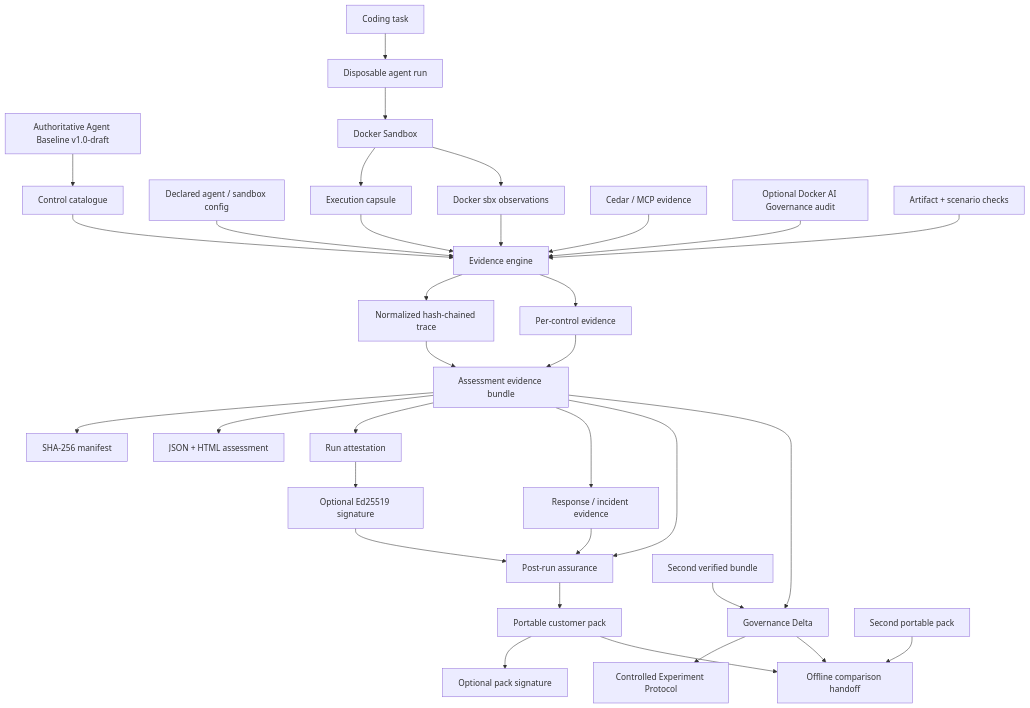
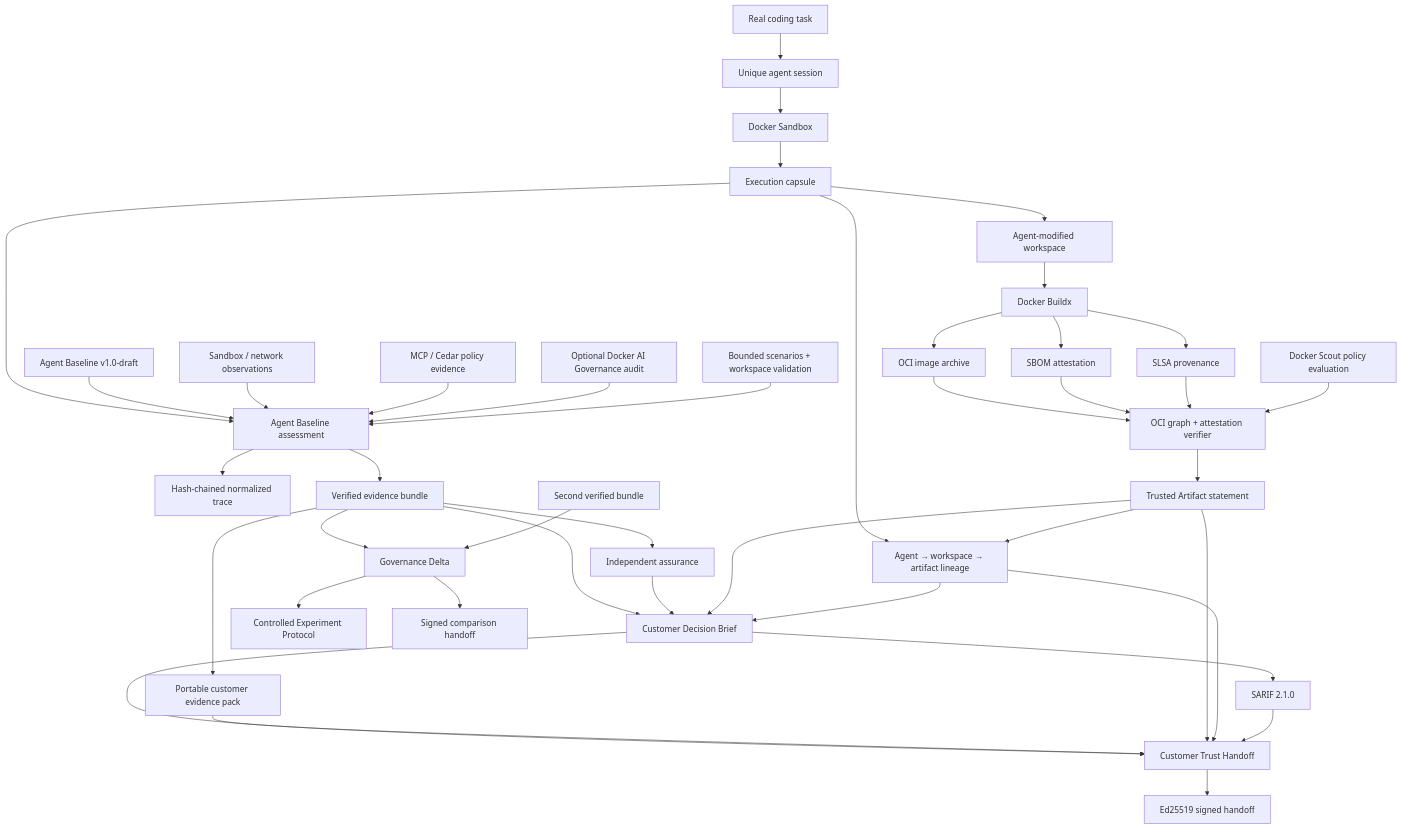
One commit to riccardomenegazzo/agent-baseline-evidence-lab changed the diagram in docs/ARCHITECTURE.md. Above: the diagram before and after it, drawn with Mermaid. The commit also changed other lines of this file and 6 other files, not shown here.

Commit message:
docs: align project around customer trust lifecycle

````diff
--- a/docs/ARCHITECTURE.md
+++ b/docs/ARCHITECTURE.md
@@ -15,41 +16,49 @@
 ```mermaid
 flowchart TD
-    AB[Authoritative Agent Baseline v1.0-draft] --> CAT[Control catalogue]
-    CFG[Declared agent / sandbox config] --> ENG[Evidence engine]
-    CAT --> ENG
-
-    TASK[Coding task] --> RUN[Disposable agent run]
+    TASK[Real coding task] --> RUN[Unique agent session]
     RUN --> SBX[Docker Sandbox]
     SBX --> CAPS[Execution capsule]
-    CAPS --> ENG
+    CAPS --> ASSESS[Agent Baseline assessment]
 
-    SBX --> OBS[Docker sbx observations]
-    MCP[Cedar / MCP evidence] --> ENG
-    OBS --> ENG
-    AUDIT[Optional Docker AI Governance audit] --> ENG
-    CHECKS[Artifact + scenario checks] --> ENG
+    AB[Agent Baseline v1.0-draft] --> ASSESS
+    OBS[Sandbox / network observations] --> ASSESS
+    MCP[MCP / Cedar policy evidence] --> ASSESS
+    AUDIT[Optional Docker AI Governance audit] --> ASSESS
+    CHECKS[Bounded scenarios + workspace validation] --> ASSESS
 
-    ENG --> TRACE[Normalized hash-chained trace]
-    ENG --> EV[Per-control evidence]
-    TRACE --> BUNDLE[Assessment evidence bundle]
-    EV --> BUNDLE
-    BUNDLE --> MANIFEST[SHA-256 manifest]
-    BUNDLE --> REPORT[JSON + HTML assessment]
-    BUNDLE --> ATTEST[Run attestation]
+    ASSESS --> TRACE[Hash-chained normalized trace]
+    ASSESS --> BUNDLE[Verified evidence bundle]
+    BUNDLE --> ASSURE[Independent assurance]
+    BUNDLE --> PACK[Portable customer evidence pack]
 
-    ATTEST --> SIGN[Optional Ed25519 signature]
-    BUNDLE --> RESP[Response / incident evidence]
-    BUNDLE --> ASSURE[Post-run assurance]
-    SIGN --> ASSURE
-    RESP --> ASSURE
+    CAPS --> WORKSPACE[Agent-modified workspace]
+    WORKSPACE --> BUILDX[Docker Buildx]
+    BUILDX --> OCI[OCI image archive]
+    BUILDX --> SBOM[SBOM attestation]
+    BUILDX --> PROV[SLSA provenance]
+    OCI --> ARTVERIFY[OCI graph + attestation verifier]
+    SBOM --> ARTVERIFY
+    PROV --> ARTVERIFY
+    SCOUT[Docker Scout policy evaluation] --> ARTVERIFY
+    ARTVERIFY --> TRUSTED[Trusted Artifact statement]
 
-    ASSURE --> PACK[Portable customer pack]
-    PACK --> PACKSIG[Optional pack signature]
+    CAPS --> LINEAGE[Agent → workspace → artifact lineage]
+    TRUSTED --> LINEAGE
+    BUNDLE --> DECISION[Customer Decision Brief]
+    ASSURE --> DECISION
+    TRUSTED --> DECISION
+    LINEAGE --> DECISION
+
+    DECISION --> SARIF[SARIF 2.1.0]
+    DECISION --> HANDOFF[Customer Trust Handoff]
+    PACK --> HANDOFF
+    TRUSTED --> HANDOFF
+    LINEAGE --> HANDOFF
+    SARIF --> HANDOFF
+    HANDOFF --> SIGN[Ed25519 signed handoff]
 
     BUNDLE --> DELTA[Governance Delta]
     BUNDLE2[Second verified bundle] --> DELTA
     DELTA --> EXP[Controlled Experiment Protocol]
-    DELTA --> COMP[Offline comparison handoff]
-    PACK --> COMP
-    PACK2[Second portable pack] --> COMP
+    DELTA --> COMP[Signed comparison handoff]
 ```
````
